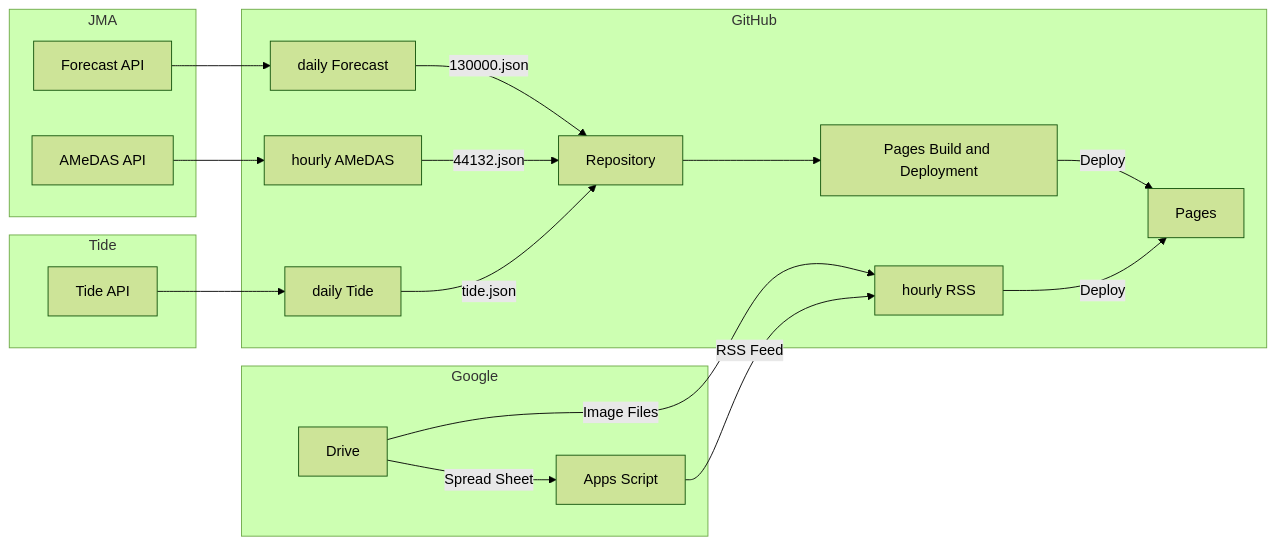
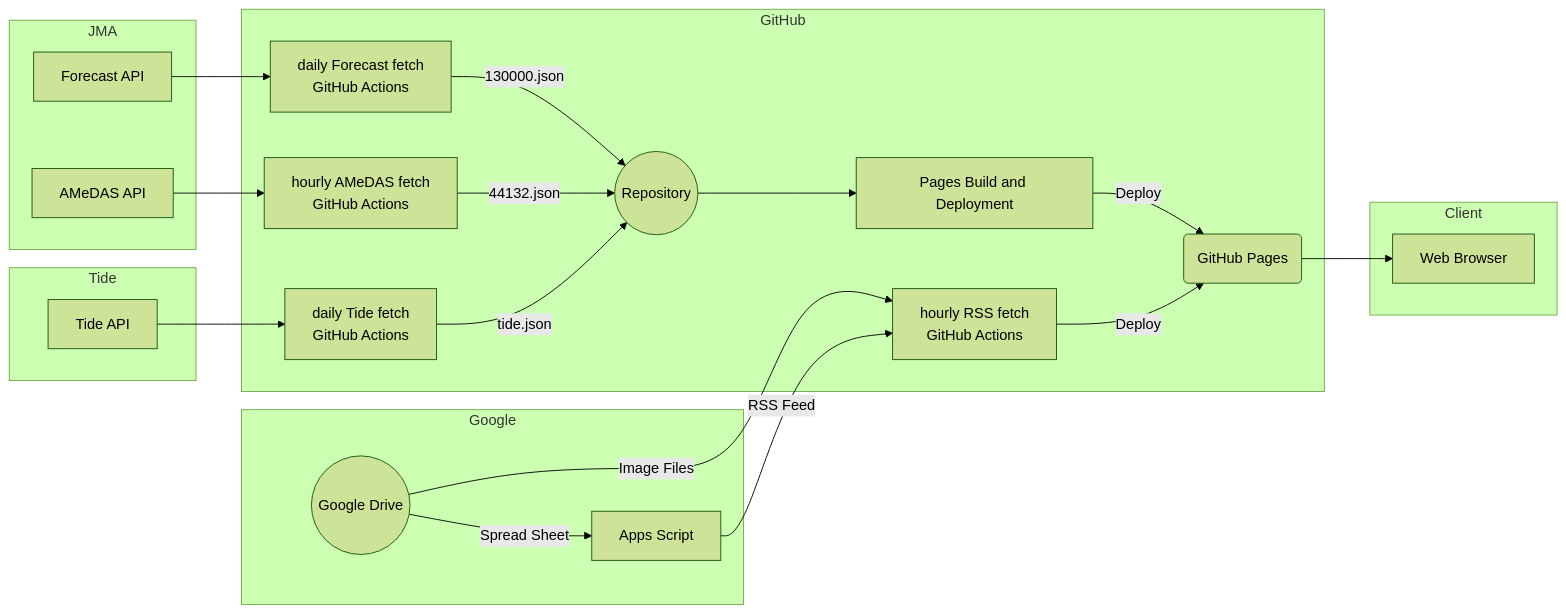
One commit to c1t0d0s0/phs changed the diagram in architecture.md. Above: the diagram before and after it, drawn with Mermaid (forest theme).

````diff
--- a/architecture.md
+++ b/architecture.md
@@ -1,43 +1,49 @@
 ```mermaid
 flowchart LR
   subgraph GitHub[GitHub]
-    repository[Repository]
+    repository((Repository))
     actions_deploy[Pages Build and Deployment]
-    actions_forecast[daily Forecast]
-    actions_amedas[hourly AMeDAS]
-    actions_rss[hourly RSS]
-    actions_tide[daily Tide]
-    pages[Pages]
+    actions_forecast[daily Forecast fetch<br>GitHub Actions]
+    actions_amedas[hourly AMeDAS fetch<br>GitHub Actions]
+    actions_rss[hourly RSS fetch<br>GitHub Actions]
+    actions_tide[daily Tide fetch<br>GitHub Actions]
+    pages(GitHub Pages)
   end
 
   subgraph Google[Google]
-    drive[Drive]
+    drive((Google Drive))
     apps[Apps Script]
   end
 
   subgraph JMA[JMA]
     forecast_api[Forecast API]
     amedas_api[AMeDAS API]
   end
 
   subgraph Tide[Tide]
     tide_api[Tide API]
+  end
+
+  subgraph Client[Client]
+    web_browser[Web Browser]
   end
 
   repository --> actions_deploy
   actions_deploy -->|Deploy| pages
 
   drive -->|Spread Sheet| apps
   drive -->|Image Files| actions_rss
   apps -->|RSS Feed| actions_rss
   actions_rss -->|Deploy| pages
 
   forecast_api --> actions_forecast
   actions_forecast -->|130000.json| repository
 
   amedas_api --> actions_amedas
   actions_amedas -->|44132.json| repository
 
   tide_api --> actions_tide
   actions_tide -->|tide.json| repository
+
+  pages --> web_browser
 ```
````
